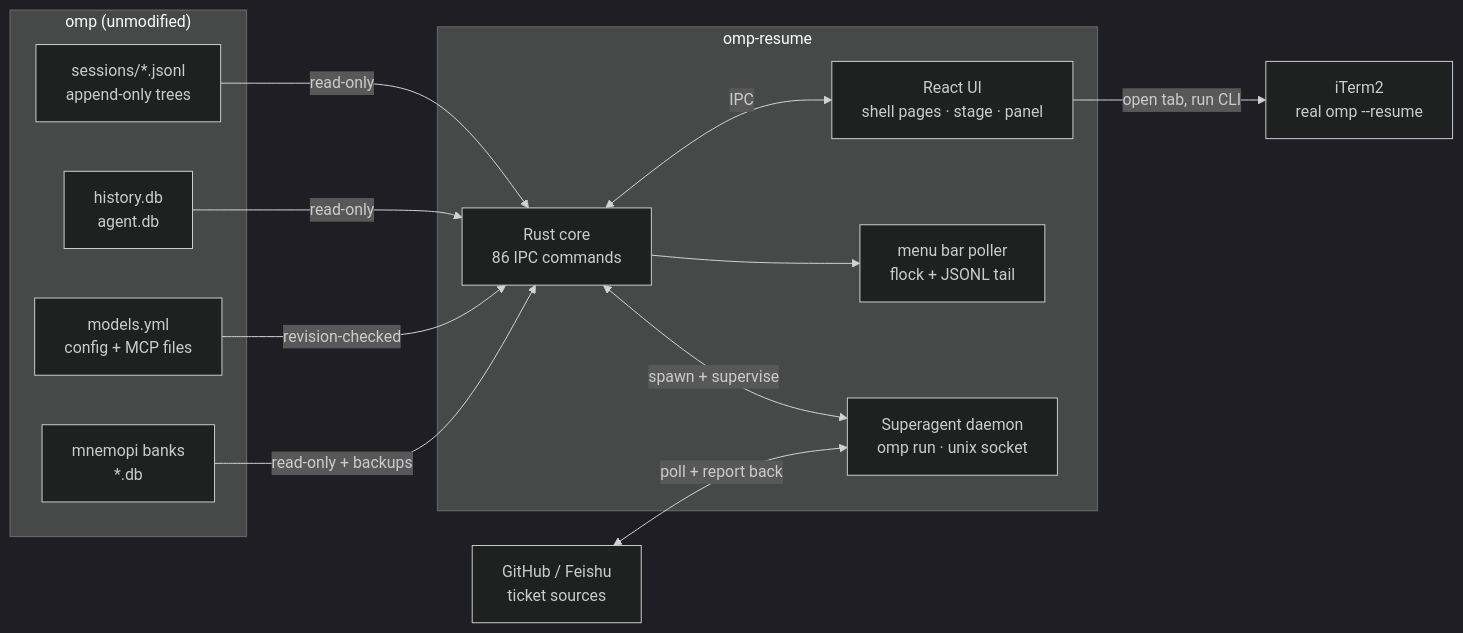
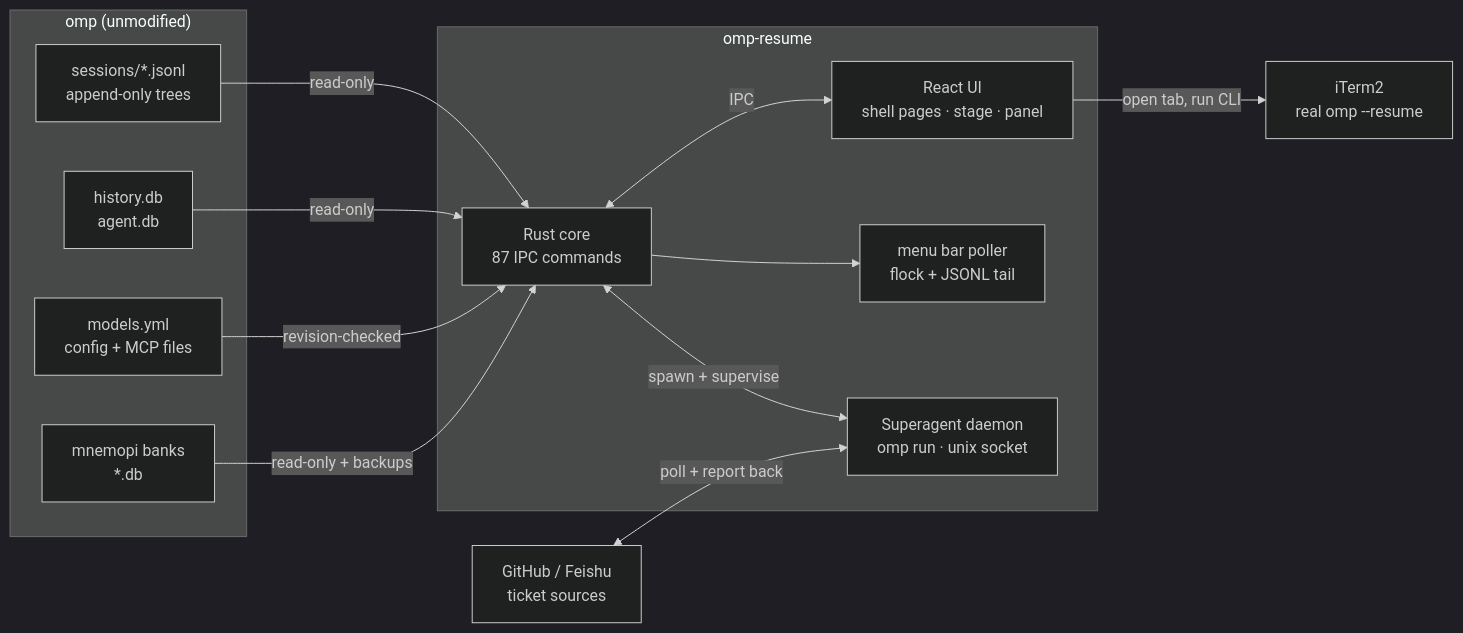
Before and after one commit to cjcj5438/omp-resume: the diagram in README.md, drawn with Mermaid (dark theme). The commit also changed other lines of this file and 125 other files, not shown here.

````diff
--- a/README.md
+++ b/README.md
@@ -216,29 +222,29 @@
 ```mermaid
 flowchart LR
     subgraph omp["omp (unmodified)"]
         SJ["sessions/*.jsonl<br/>append-only trees"]
         DB["history.db<br/>agent.db"]
         CFG["models.yml<br/>config + MCP files"]
         MEM["mnemopi banks<br/>*.db"]
     end
 
     subgraph app["omp-resume"]
-        RS["Rust core<br/>86 IPC commands"]
+        RS["Rust core<br/>87 IPC commands"]
         UI["React UI<br/>shell pages · stage · panel"]
         MB["menu bar poller<br/>flock + JSONL tail"]
         SA["Superagent daemon<br/>omp run · unix socket"]
     end
 
     IT["iTerm2<br/>real omp --resume"]
     GH["GitHub / Feishu<br/>ticket sources"]
 
     SJ -->|read-only| RS
     DB -->|read-only| RS
     CFG -->|revision-checked| RS
     MEM -->|read-only + backups| RS
     RS <-->|IPC| UI
     RS --> MB
     RS <-->|spawn + supervise| SA
     UI -->|"open tab, run CLI"| IT
     GH <-->|"poll + report back"| SA
 ```
````
